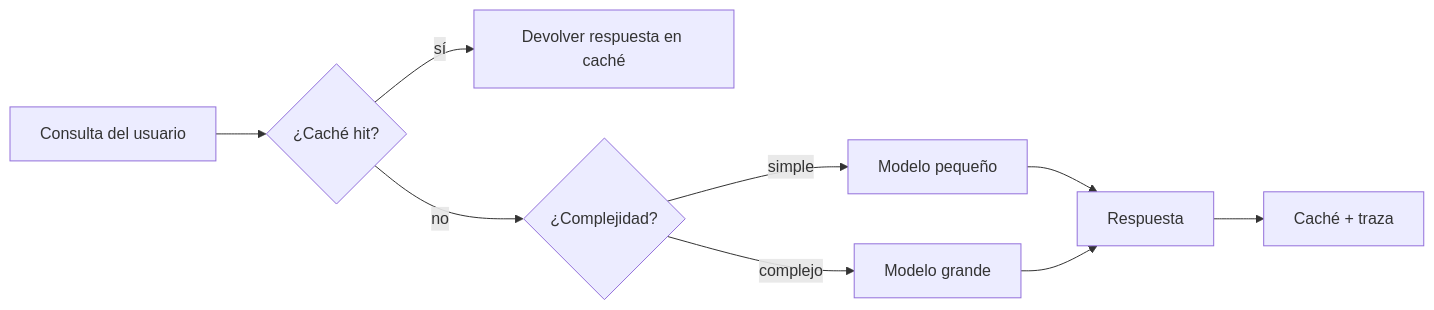
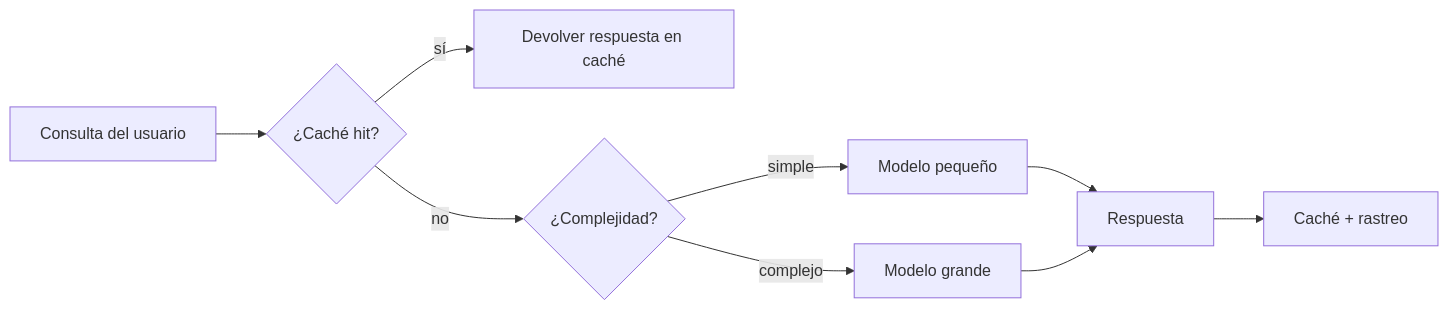
One commit to gabrielmoreira/agent-skills-mirror changed the third of 4 diagrams in mirrors/repos/microsoft@ai-agents-for-beginners/translations/es/16-deploying-scalable-agents/README.md. Above: the diagram before and after it, drawn with Mermaid. The commit also changed other lines of this file and 4262 other files, not shown here.

````diff
--- a/mirrors/repos/microsoft@ai-agents-for-beginners/translations/es/16-deploying-scalable-agents/README.md
+++ b/mirrors/repos/microsoft@ai-agents-for-beginners/translations/es/16-deploying-scalable-agents/README.md
@@ -134,11 +134,11 @@
 ```mermaid
 flowchart LR
     Q[Consulta del usuario] --> C{¿Caché hit?}
     C -->|sí| R[Devolver respuesta en caché]
     C -->|no| Router{¿Complejidad?}
     Router -->|simple| SLM[Modelo pequeño]
     Router -->|complejo| LLM[Modelo grande]
     SLM --> Out[Respuesta]
     LLM --> Out
-    Out --> Store[Caché + traza]
+    Out --> Store[Caché + rastreo]
 ```
````
